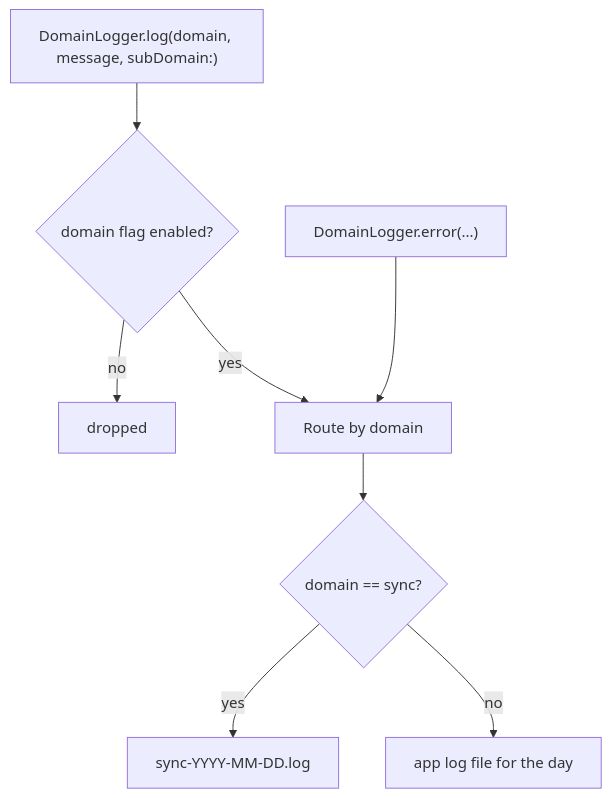
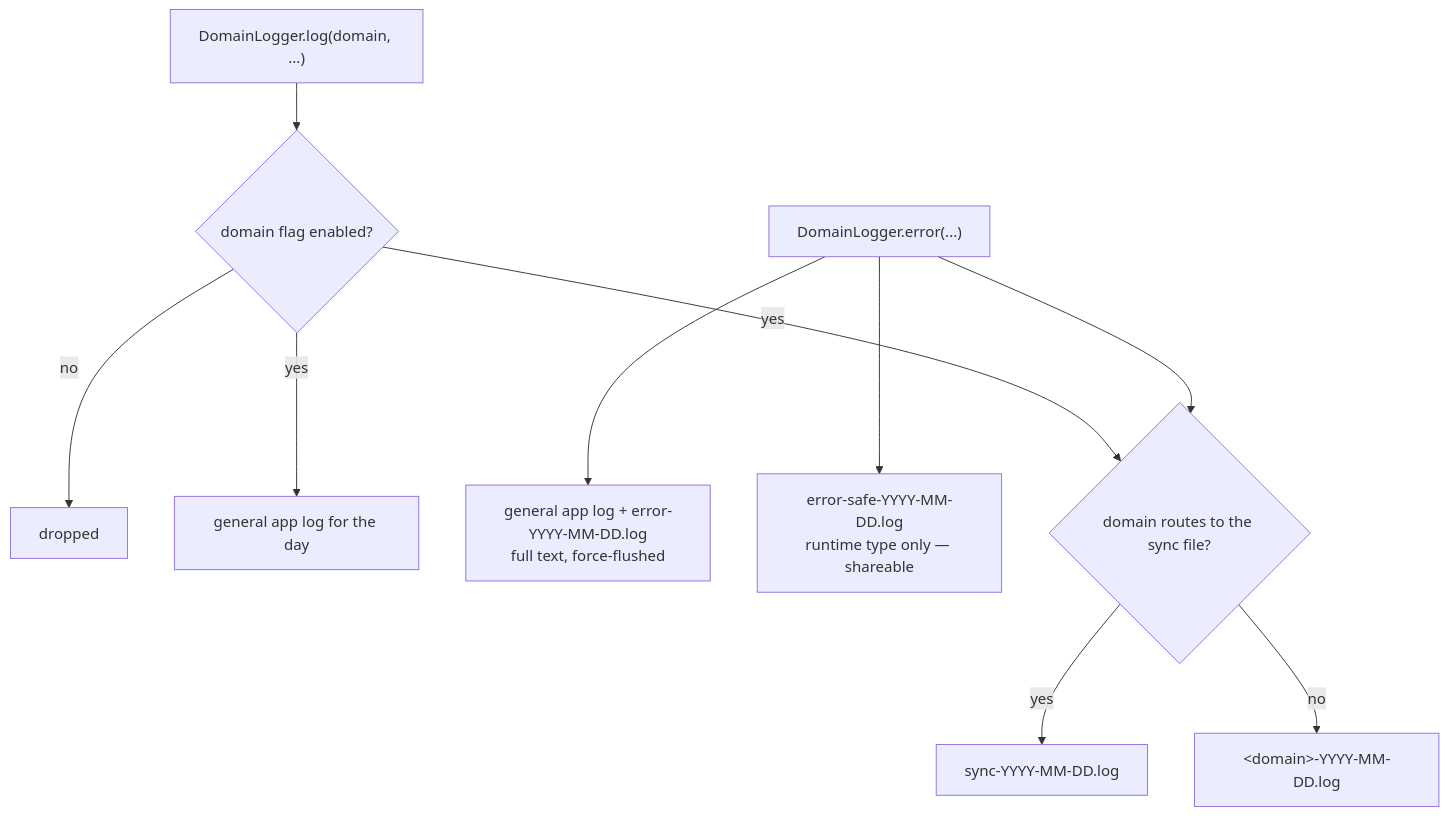
Before and after one commit to matthiasn/lotti: the diagram in knowledge/architecture/logging-and-diagnostics.md, drawn with Mermaid. The commit also changed other lines of this file and 187 other files, not shown here.

````diff
--- a/knowledge/architecture/logging-and-diagnostics.md
+++ b/knowledge/architecture/logging-and-diagnostics.md
@@ -56,10 +56,12 @@
 ```mermaid
 flowchart TD
-  Call["DomainLogger.log(domain, message, subDomain:)"] --> Enabled{"domain flag enabled?"}
+  Log["DomainLogger.log(domain, ...)"] --> Enabled{"domain flag enabled?"}
   Enabled -->|no| Drop["dropped"]
-  Enabled -->|yes| Route
-  Err["DomainLogger.error(...)"] --> Route["Route by domain"]
-  Route --> SyncFile{"domain == sync?"}
-  SyncFile -->|yes| SyncLog["sync-YYYY-MM-DD.log"]
-  SyncFile -->|no| MainLog["app log file for the day"]
+  Enabled -->|yes| General["general app log for the day"]
+  Err["DomainLogger.error(...)"] --> General2["general app log + error-YYYY-MM-DD.log<br/>full text, force-flushed"]
+  Err --> Safe["error-safe-YYYY-MM-DD.log<br/>runtime type only — shareable"]
+  Enabled -->|yes| PerDomain
+  Err --> PerDomain{"domain routes to the sync file?"}
+  PerDomain -->|yes| SyncLog["sync-YYYY-MM-DD.log"]
+  PerDomain -->|no| DomainLog["&lt;domain&gt;-YYYY-MM-DD.log"]
 ```
````
